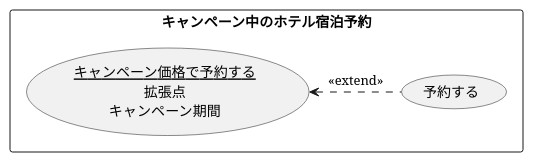
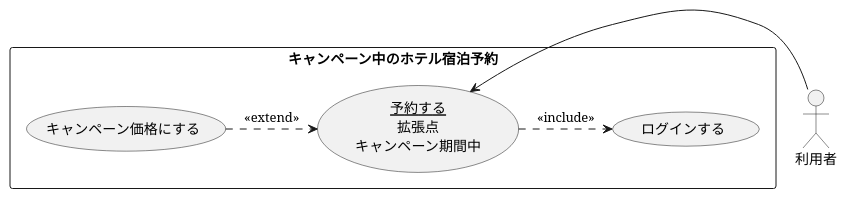
The diagram in 演習/演習2-4_キャンペーン中のホテル宿泊予約.pu (minowa-s/uml-intro), drawn with PlantUML before and after one commit. The commit also changed 3 other files, not shown here.

```diff
--- a/演習/演習2-4_キャンペーン中のホテル宿泊予約.pu
+++ b/演習/演習2-4_キャンペーン中のホテル宿泊予約.pu
@@ -1,8 +1,11 @@
 @startuml ユースケース図
+actor 利用者
     rectangle キャンペーン中のホテル宿泊予約{
-        usecase 予約する
-        usecase (<u>キャンペーン価格で予約する</u>\n拡張点\nキャンペーン期間) as input
-
+        usecase ログインする
+        usecase (<u>予約する</u>\n拡張点\nキャンペーン期間中) as input
+        usecase キャンペーン価格にする
     }
-    input <.(予約する) : <<extend>>
+    (キャンペーン価格にする) .>input : <<extend>>
+    input .> ログインする : << include >>
+    利用者  -> input
     @enduml
```
